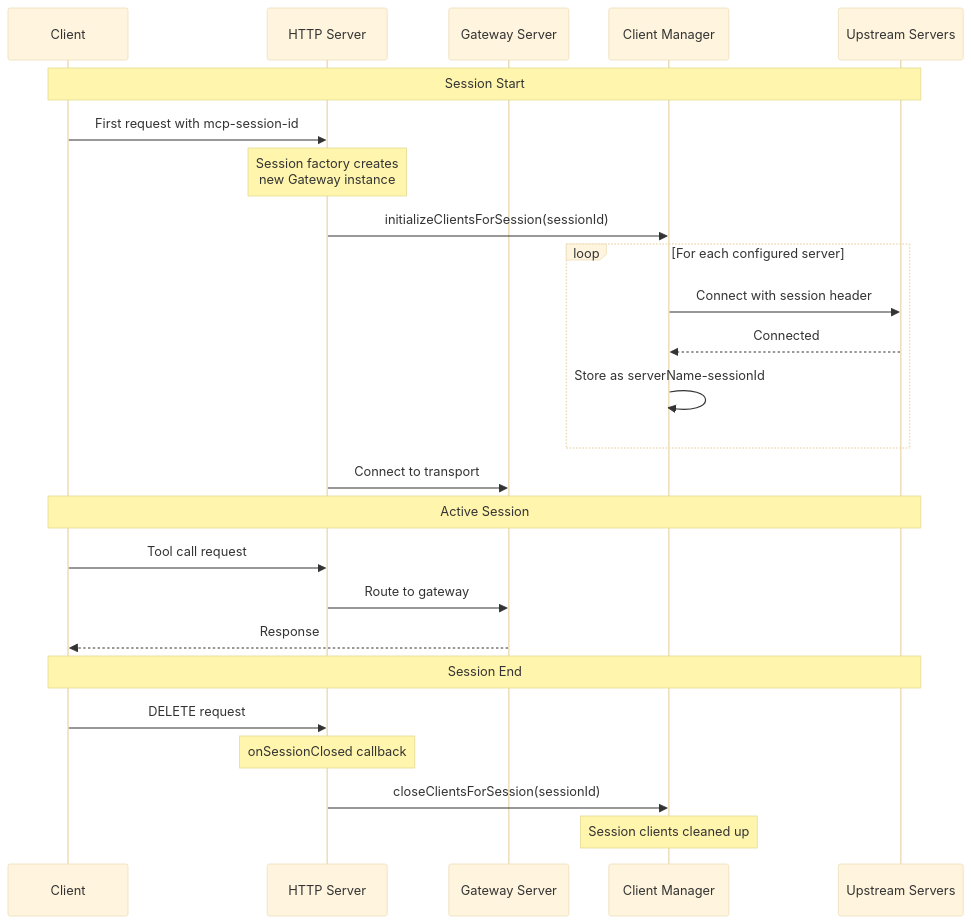
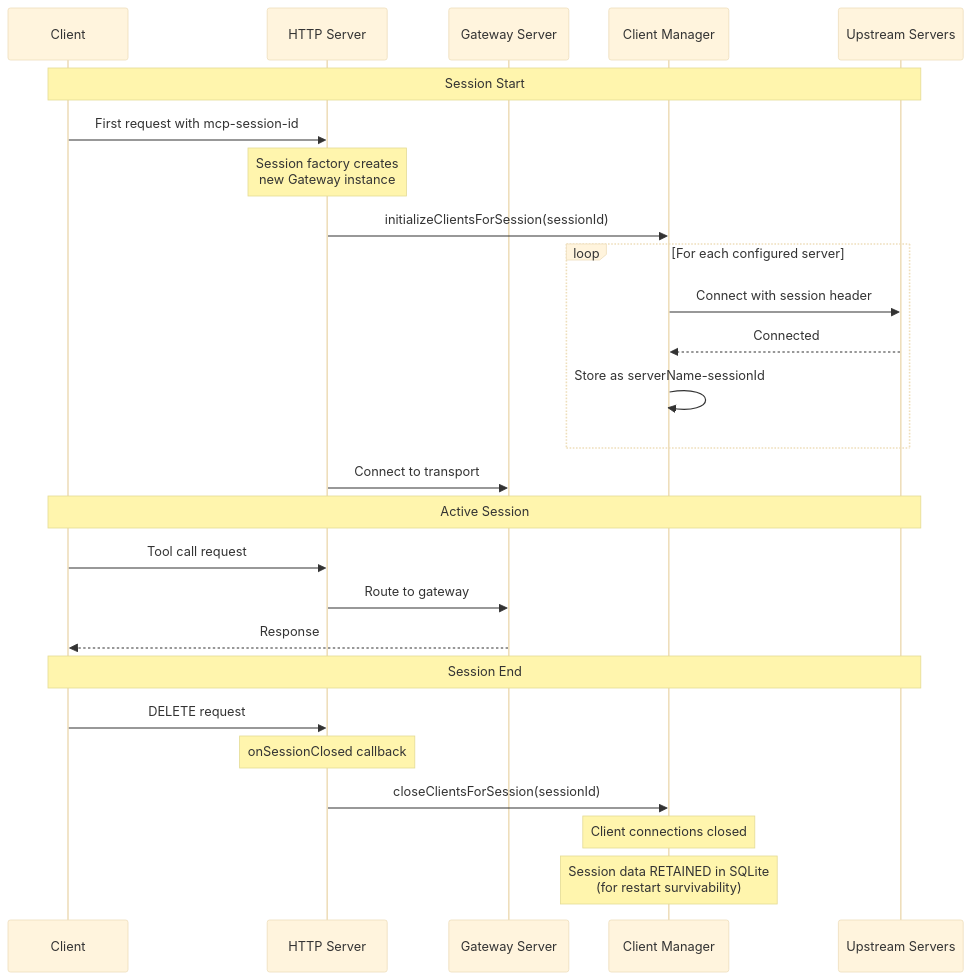
The third of 8 diagrams in docs/design/session-management.md (karashiiro/my-cool-proxy), drawn with Mermaid (base theme) before and after one commit. The commit also changed other lines of this file and 8 other files, not shown here.

````diff
--- a/docs/design/session-management.md
+++ b/docs/design/session-management.md
@@ -108,32 +108,33 @@
 ```mermaid
 sequenceDiagram
     participant Client
     participant HTTP as HTTP Server
     participant Gateway as Gateway Server
     participant ClientMgr as Client Manager
     participant Upstream as Upstream Servers
 
     Note over Client,Upstream: Session Start
     Client->>HTTP: First request with mcp-session-id
     Note over HTTP: Session factory creates<br/>new Gateway instance
     HTTP->>ClientMgr: initializeClientsForSession(sessionId)
 
     loop For each configured server
         ClientMgr->>Upstream: Connect with session header
         Upstream-->>ClientMgr: Connected
         ClientMgr->>ClientMgr: Store as serverName-sessionId
     end
 
     HTTP->>Gateway: Connect to transport
 
     Note over Client,Upstream: Active Session
     Client->>HTTP: Tool call request
     HTTP->>Gateway: Route to gateway
     Gateway-->>Client: Response
 
     Note over Client,Upstream: Session End
     Client->>HTTP: DELETE request
     Note over HTTP: onSessionClosed callback
     HTTP->>ClientMgr: closeClientsForSession(sessionId)
-    Note over ClientMgr: Session clients cleaned up
+    Note over ClientMgr: Client connections closed
+    Note over ClientMgr: Session data RETAINED in SQLite<br/>(for restart survivability)
 ```
````
